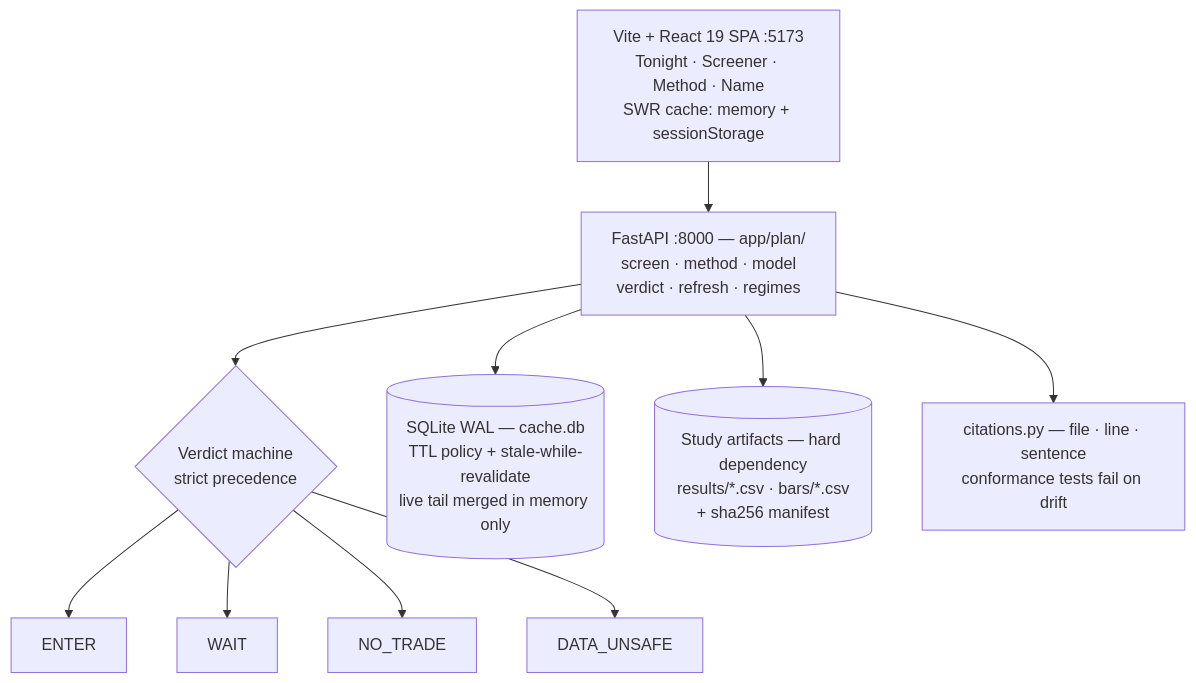
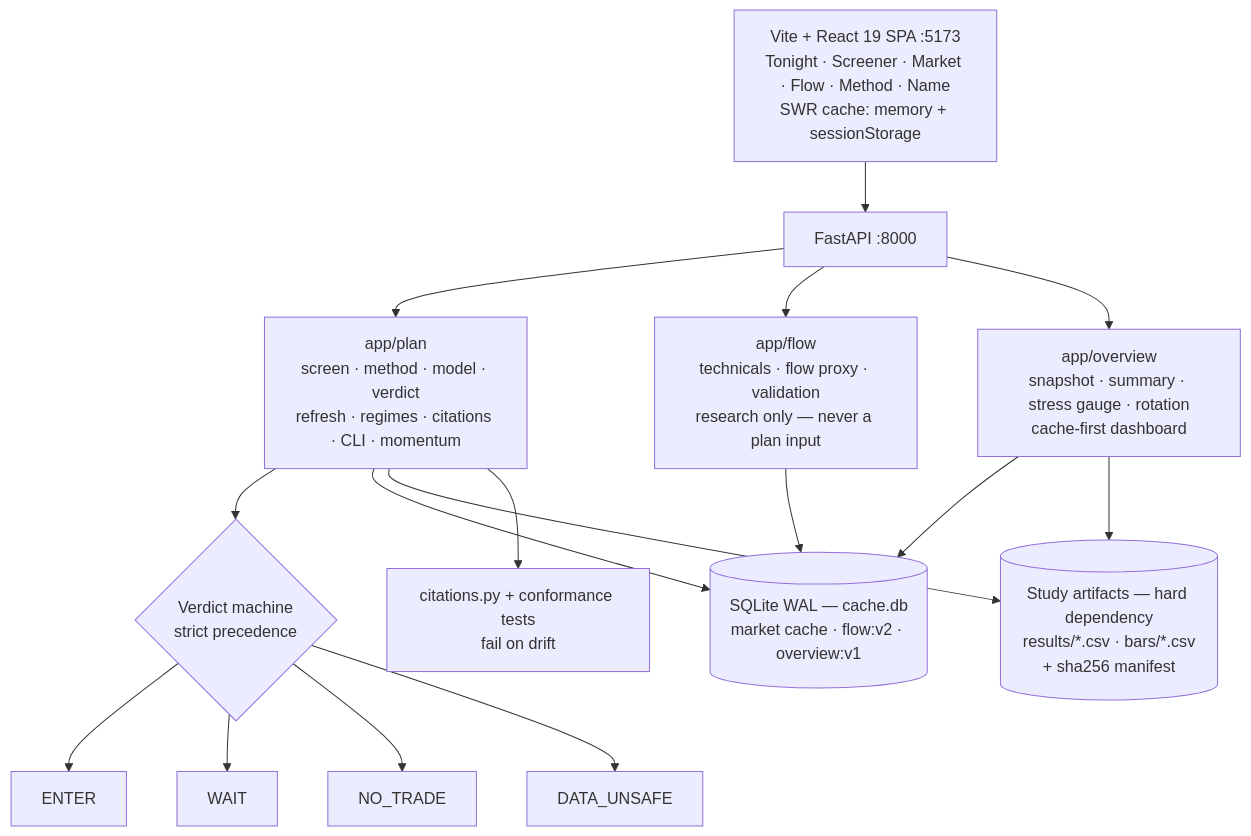
The diagram in diagrams/trading-suite.mmd (mariobgsp/articles), drawn with Mermaid before and after one commit. The commit also changed 11 other files, not shown here.

```diff
--- a/diagrams/trading-suite.mmd
+++ b/diagrams/trading-suite.mmd
@@ -1,24 +1,34 @@
 flowchart TD
-  FE["Vite + React 19 SPA :5173<br/>Tonight · Screener · Method · Name<br/>SWR cache: memory + sessionStorage"]
+  FE["Vite + React 19 SPA :5173<br/>Tonight · Screener · Market · Flow · Method · Name<br/>SWR cache: memory + sessionStorage"]
 
-  PLAN["FastAPI :8000 — app/plan/<br/>screen · method · model<br/>verdict · refresh · regimes"]
+  API["FastAPI :8000"]
+
+  PLAN["app/plan<br/>screen · method · model · verdict<br/>refresh · regimes · citations · CLI · momentum"]
+  FLOW["app/flow<br/>technicals · flow proxy · validation<br/>research only — never a plan input"]
+  OVER["app/overview<br/>snapshot · summary · stress gauge · rotation<br/>cache-first dashboard"]
 
   VERD{"Verdict machine<br/>strict precedence"}
-  DB[("SQLite WAL — cache.db<br/>TTL policy + stale-while-revalidate<br/>live tail merged in memory only")]
+  DB[("SQLite WAL — cache.db<br/>market cache · flow:v2 · overview:v1")]
   STUDY[("Study artifacts — hard dependency<br/>results/*.csv · bars/*.csv<br/>+ sha256 manifest")]
-  CIT["citations.py — file · line · sentence<br/>conformance tests fail on drift"]
+  CIT["citations.py + conformance tests<br/>fail on drift"]
 
   OUT["ENTER"]
   W["WAIT"]
   N["NO_TRADE"]
   U["DATA_UNSAFE"]
 
-  FE --> PLAN
+  FE --> API
+  API --> PLAN
+  API --> FLOW
+  API --> OVER
   PLAN --> VERD
   PLAN --> DB
   PLAN --> STUDY
   PLAN --> CIT
+  FLOW --> DB
+  OVER --> DB
+  OVER --> STUDY
   VERD --> OUT
   VERD --> W
   VERD --> N
   VERD --> U
```
